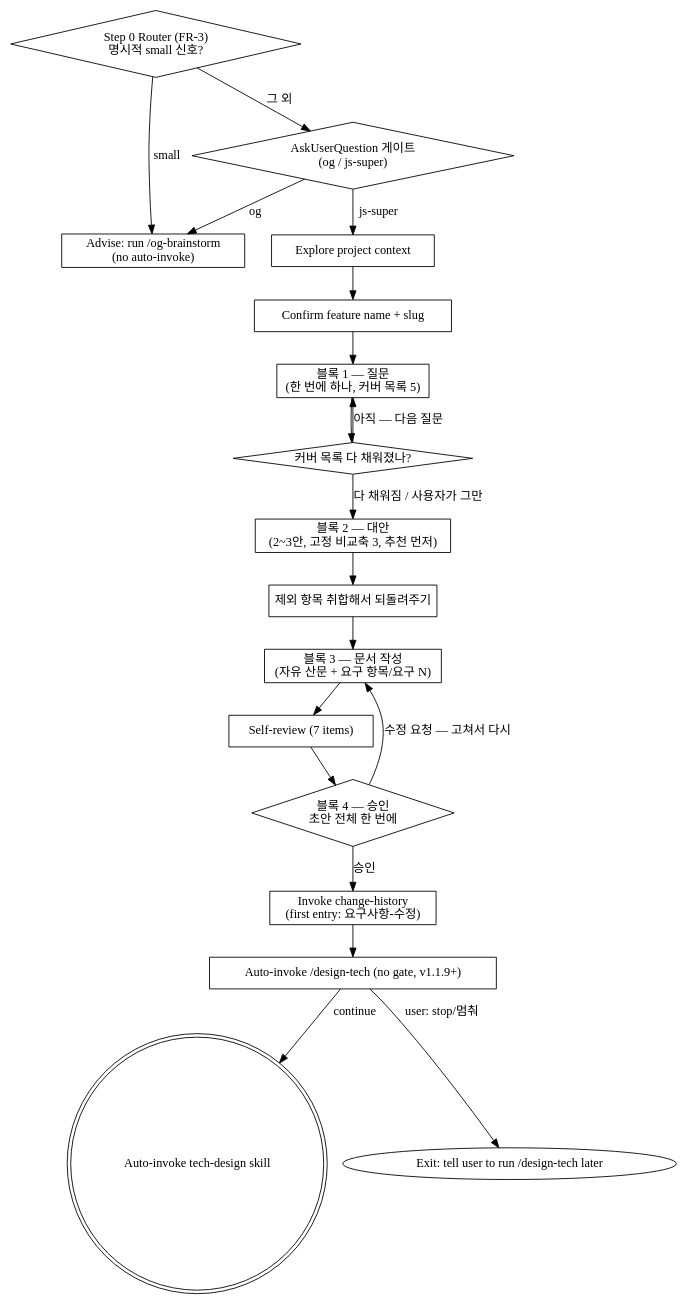
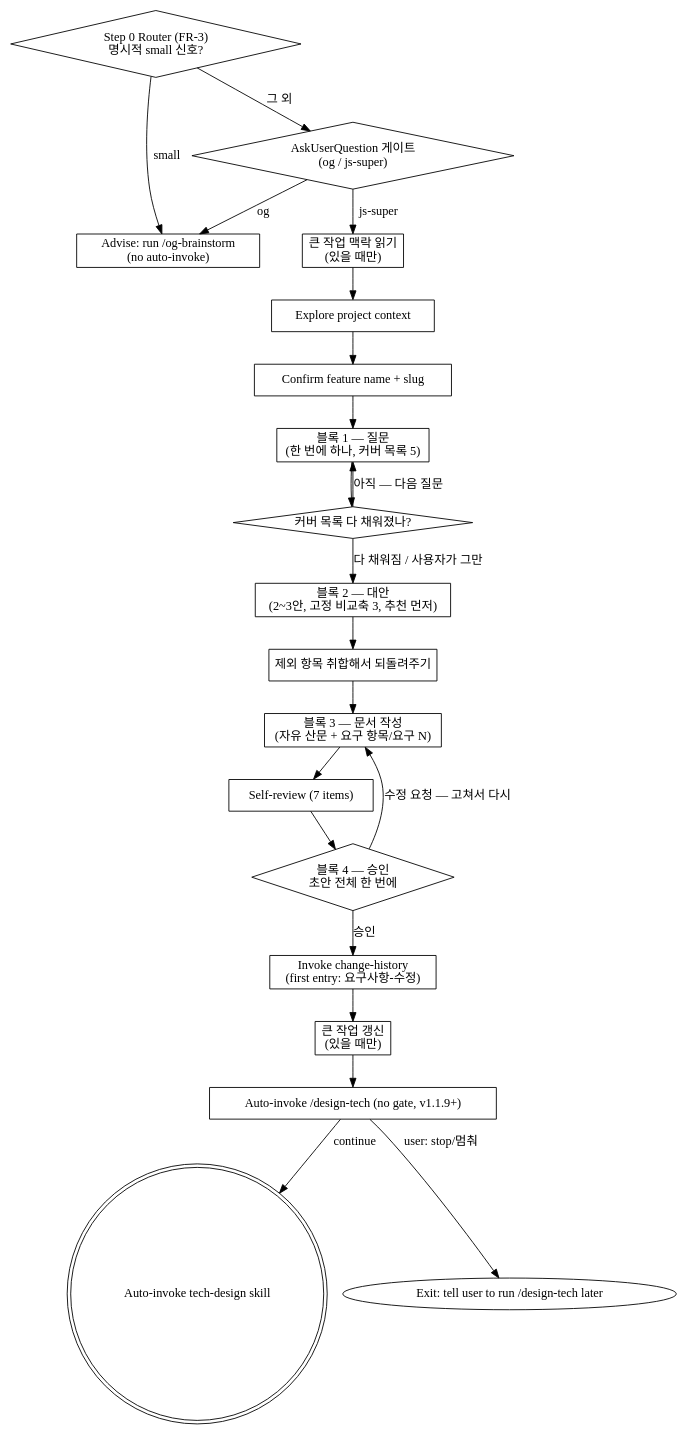
Before and after one commit to LonerStayle/js-super: the diagram in skills/brainstorming/SKILL.md, drawn with Graphviz. The commit also changed other lines of this file, not shown here.

````diff
--- a/skills/brainstorming/SKILL.md
+++ b/skills/brainstorming/SKILL.md
@@ -143,43 +145,47 @@
 ```dot
 digraph brainstorm_flow {
     "Step 0 Router (FR-3)\n명시적 small 신호?" [shape=diamond];
     "Advise: run /og-brainstorm\n(no auto-invoke)" [shape=box];
     "AskUserQuestion 게이트\n(og / js-super)" [shape=diamond];
+    "큰 작업 맥락 읽기\n(있을 때만)" [shape=box];
     "Explore project context" [shape=box];
     "Confirm feature name + slug" [shape=box];
 
     "블록 1 — 질문\n(한 번에 하나, 커버 목록 5)" [shape=box];
     "커버 목록 다 채워졌나?" [shape=diamond];
     "블록 2 — 대안\n(2~3안, 고정 비교축 3, 추천 먼저)" [shape=box];
     "블록 3 — 문서 작성\n(자유 산문 + 요구 항목/요구 N)" [shape=box];
     "제외 항목 취합해서 되돌려주기" [shape=box];
 
     "Self-review (7 items)" [shape=box];
     "블록 4 — 승인\n초안 전체 한 번에" [shape=diamond];
     "Invoke change-history\n(first entry: 요구사항-수정)" [shape=box];
+    "큰 작업 갱신\n(있을 때만)" [shape=box];
     "Auto-invoke /design-tech (no gate, v1.1.9+)" [shape=box];
     "Auto-invoke tech-design skill" [shape=doublecircle];
     "Exit: tell user to run /design-tech later" [shape=oval];
 
     "Step 0 Router (FR-3)\n명시적 small 신호?" -> "Advise: run /og-brainstorm\n(no auto-invoke)" [label="small"];
     "Step 0 Router (FR-3)\n명시적 small 신호?" -> "AskUserQuestion 게이트\n(og / js-super)" [label="그 외"];
     "AskUserQuestion 게이트\n(og / js-super)" -> "Advise: run /og-brainstorm\n(no auto-invoke)" [label="og"];
-    "AskUserQuestion 게이트\n(og / js-super)" -> "Explore project context" [label="js-super"];
+    "AskUserQuestion 게이트\n(og / js-super)" -> "큰 작업 맥락 읽기\n(있을 때만)" [label="js-super"];
+    "큰 작업 맥락 읽기\n(있을 때만)" -> "Explore project context";
     "Explore project context" -> "Confirm feature name + slug";
     "Confirm feature name + slug" -> "블록 1 — 질문\n(한 번에 하나, 커버 목록 5)";
 
     "블록 1 — 질문\n(한 번에 하나, 커버 목록 5)" -> "커버 목록 다 채워졌나?";
     "커버 목록 다 채워졌나?" -> "블록 1 — 질문\n(한 번에 하나, 커버 목록 5)" [label="아직 — 다음 질문"];
     "커버 목록 다 채워졌나?" -> "블록 2 — 대안\n(2~3안, 고정 비교축 3, 추천 먼저)" [label="다 채워짐 / 사용자가 그만"];
     "블록 2 — 대안\n(2~3안, 고정 비교축 3, 추천 먼저)" -> "제외 항목 취합해서 되돌려주기";
     "제외 항목 취합해서 되돌려주기" -> "블록 3 — 문서 작성\n(자유 산문 + 요구 항목/요구 N)";
     "블록 3 — 문서 작성\n(자유 산문 + 요구 항목/요구 N)" -> "Self-review (7 items)";
     "Self-review (7 items)" -> "블록 4 — 승인\n초안 전체 한 번에";
 
     "블록 4 — 승인\n초안 전체 한 번에" -> "블록 3 — 문서 작성\n(자유 산문 + 요구 항목/요구 N)" [label="수정 요청 — 고쳐서 다시"];
     "블록 4 — 승인\n초안 전체 한 번에" -> "Invoke change-history\n(first entry: 요구사항-수정)" [label="승인"];
-    "Invoke change-history\n(first entry: 요구사항-수정)" -> "Auto-invoke /design-tech (no gate, v1.1.9+)";
+    "Invoke change-history\n(first entry: 요구사항-수정)" -> "큰 작업 갱신\n(있을 때만)";
+    "큰 작업 갱신\n(있을 때만)" -> "Auto-invoke /design-tech (no gate, v1.1.9+)";
     "Auto-invoke /design-tech (no gate, v1.1.9+)" -> "Auto-invoke tech-design skill" [label="continue"];
     "Auto-invoke /design-tech (no gate, v1.1.9+)" -> "Exit: tell user to run /design-tech later" [label="user: stop/멈춰"];
 }
 ```
````
